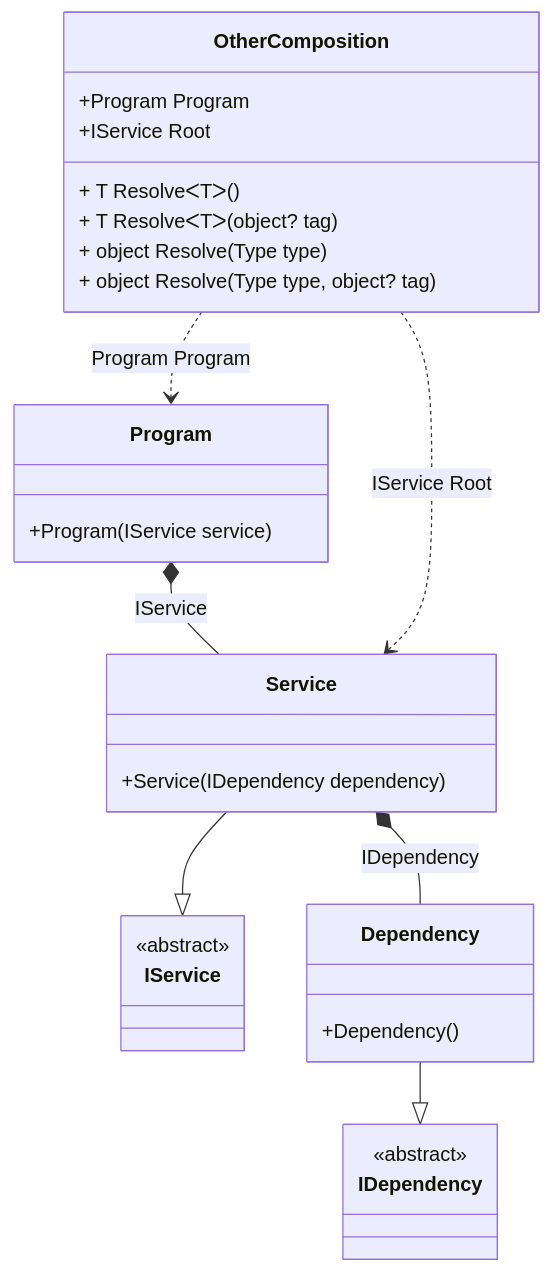
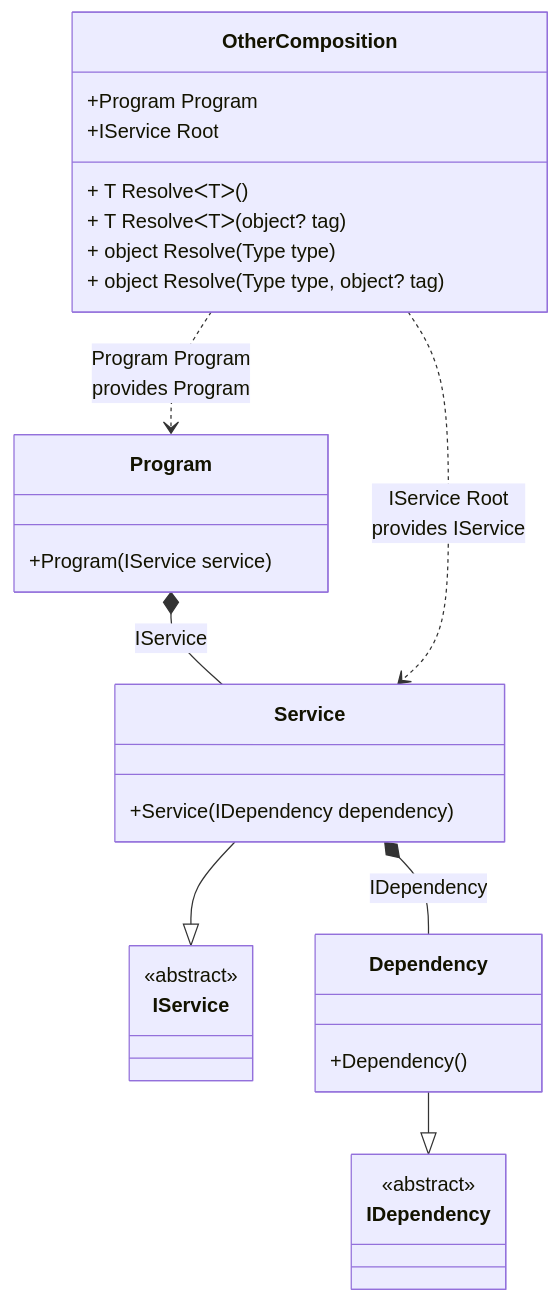
Before and after one commit to DevTeam/Pure.DI: the diagram in readme/dependent-compositions.md, drawn with Mermaid. The commit also changed other lines of this file and 73 other files, not shown here.

````diff
--- a/readme/dependent-compositions.md
+++ b/readme/dependent-compositions.md
@@ -51,32 +51,32 @@
 ```mermaid
 classDiagram
   class OtherComposition {
     +Program Program
     +IService Root
     + T ResolveᐸTᐳ()
     + T ResolveᐸTᐳ(object? tag)
     + object Resolve(Type type)
     + object Resolve(Type type, object? tag)
   }
   class Program {
     +Program(IService service)
   }
   Service --|> IService : 
   class Service {
     +Service(IDependency dependency)
   }
   Dependency --|> IDependency : 
   class Dependency {
     +Dependency()
   }
   class IService {
     <<abstract>>
   }
   class IDependency {
     <<abstract>>
   }
   Program *--  Service : IService
   Service *--  Dependency : IDependency
-  OtherComposition ..> Service : IService Root
-  OtherComposition ..> Program : Program Program
+  OtherComposition ..> Service : IService Root<br/>provides IService
+  OtherComposition ..> Program : Program Program<br/>provides Program
 ```
````
